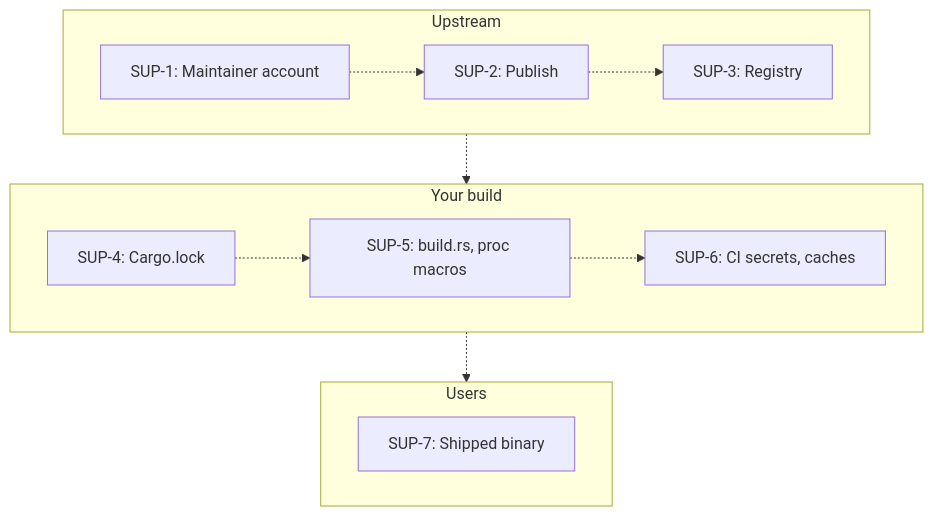
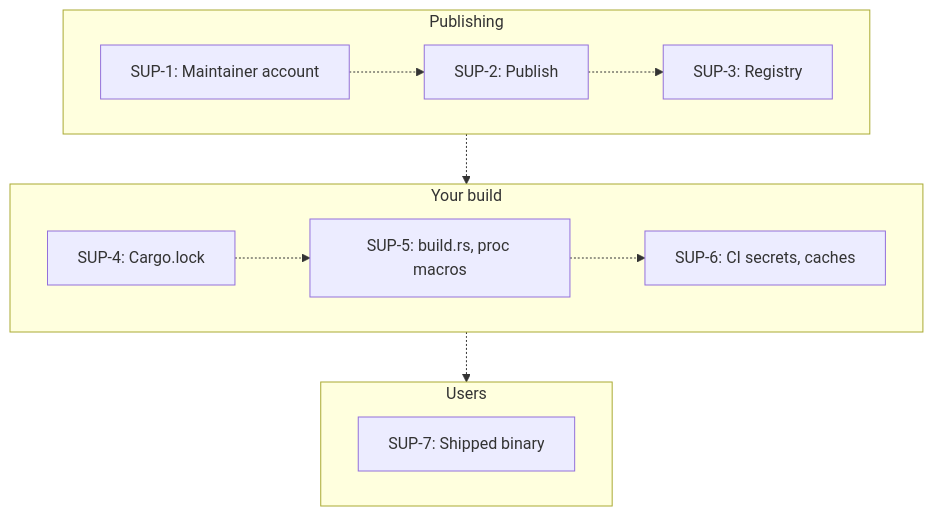
The third of 3 diagrams in README.md (iAnonymous3000/awesome-rust-security-guide), drawn with Mermaid before and after one commit. The commit also changed other lines of this file and 2 other files, not shown here.

Commit message:
Verify every claim and fill coverage gaps

````diff
--- a/README.md
+++ b/README.md
@@ -200,18 +202,18 @@
 ```mermaid
 flowchart TD
     accTitle: Supply-chain path
-    accDescr: Seven stages in three trust zones, each labeled with the control in the table below. Upstream holds the maintainer account (SUP-1), publishing (SUP-2) and the registry (SUP-3). Your build holds Cargo.lock (SUP-4), build scripts and proc macros (SUP-5), and CI secrets and caches (SUP-6). Users receive the shipped binary (SUP-7). Every edge is dashed because nothing on this path is compiler-checked.
-    subgraph UP["Upstream"]
+    accDescr: Seven stages in three trust zones, each labeled with the control in the table below. Publishing, for your crates and your dependencies, holds the maintainer account (SUP-1), the publish step (SUP-2) and the registry (SUP-3). Your build holds Cargo.lock (SUP-4), build scripts and proc macros (SUP-5), and CI secrets and caches (SUP-6). Users receive the shipped binary (SUP-7). Every edge is dashed because nothing on this path is compiler-checked.
+    subgraph UP["Publishing"]
         A["SUP-1: Maintainer account"] -.-> B["SUP-2: Publish"]
         B -.-> C["SUP-3: Registry"]
     end
     subgraph YB["Your build"]
         D["SUP-4: Cargo.lock"] -.-> E["SUP-5: build.rs, proc macros"]
         E -.-> F["SUP-6: CI secrets, caches"]
     end
     subgraph US["Users"]
         G["SUP-7: Shipped binary"]
     end
     UP -.-> YB
     YB -.-> US
 ```
````
